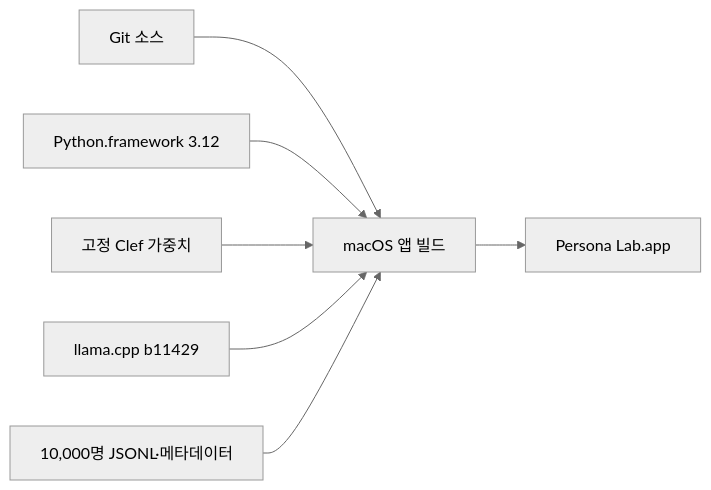
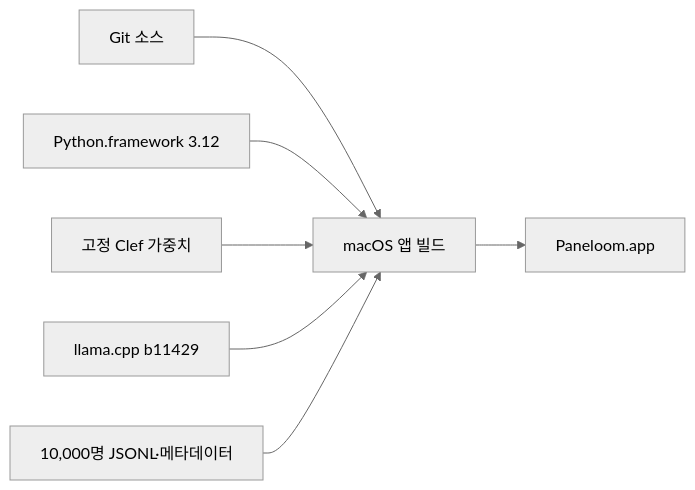
Before and after one commit to KimEJ/persona-lab: the diagram in docs/BUILD.md, drawn with Mermaid (neutral theme). The commit also changed other lines of this file and 37 other files, not shown here.

````diff
--- a/docs/BUILD.md
+++ b/docs/BUILD.md
@@ -3,9 +3,9 @@
 ```mermaid
 flowchart LR
     S["Git 소스"] --> B["macOS 앱 빌드"]
     P["Python.framework 3.12"] --> B
     M["고정 Clef 가중치"] --> B
     R["llama.cpp b11429"] --> B
     D["10,000명 JSONL·메타데이터"] --> B
-    B --> A["Persona Lab.app"]
+    B --> A["Paneloom.app"]
 ```
````
